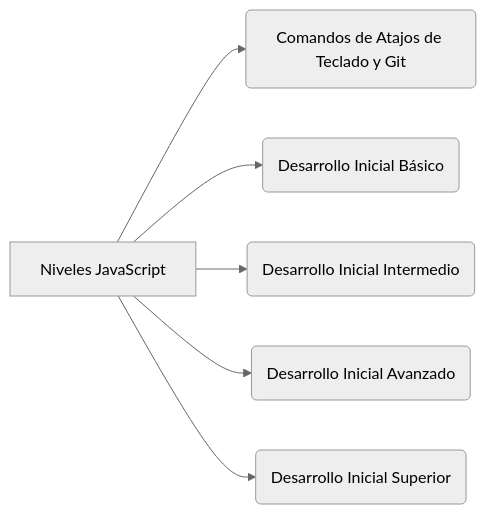
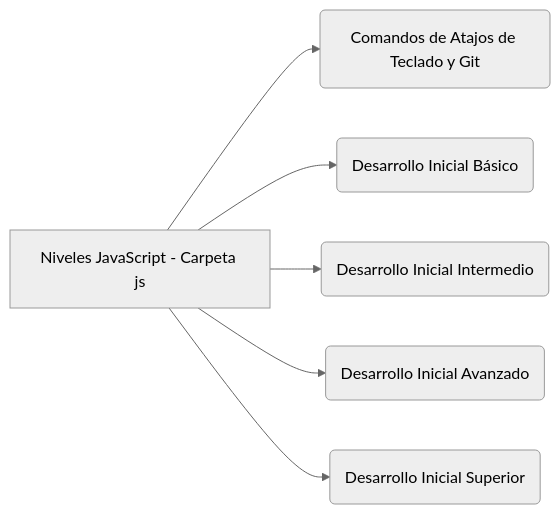
One commit to DragonFenixOwi/Resumen_FrontEnd_Inicial_2020 changed the diagram in README.md. Above: the diagram before and after it, drawn with Mermaid (neutral theme).

````diff
--- a/README.md
+++ b/README.md
@@ -29,8 +29,8 @@
 ```mermaid
 graph LR
-	A[Niveles JavaScript]--> B(Comandos de Atajos de Teclado y Git)
+	A[Niveles JavaScript - Carpeta js]--> B(Comandos de Atajos de Teclado y Git)
 	A --> C(Desarrollo Inicial Básico)
 	A --> D(Desarrollo Inicial Intermedio)
 	A --> E(Desarrollo Inicial Avanzado)
     	A --> F(Desarrollo Inicial Superior)
 ```
````
